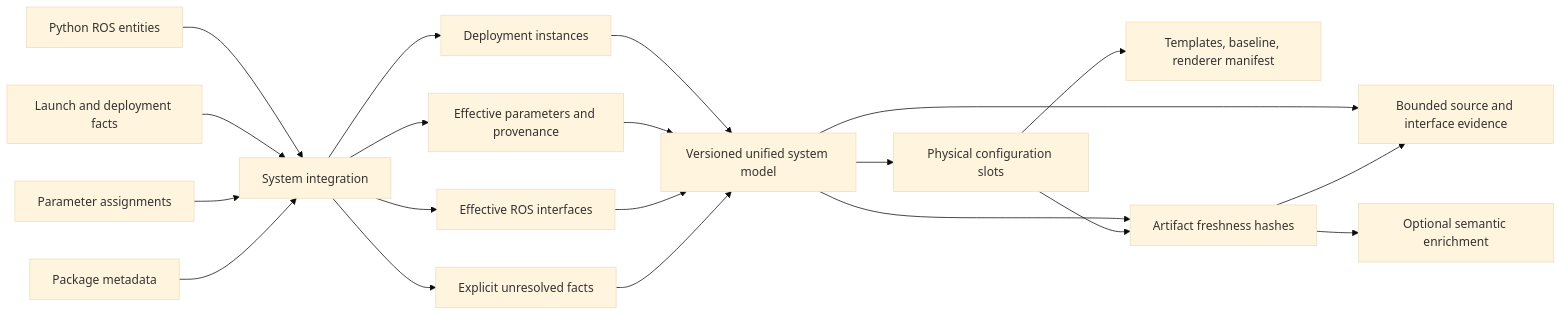
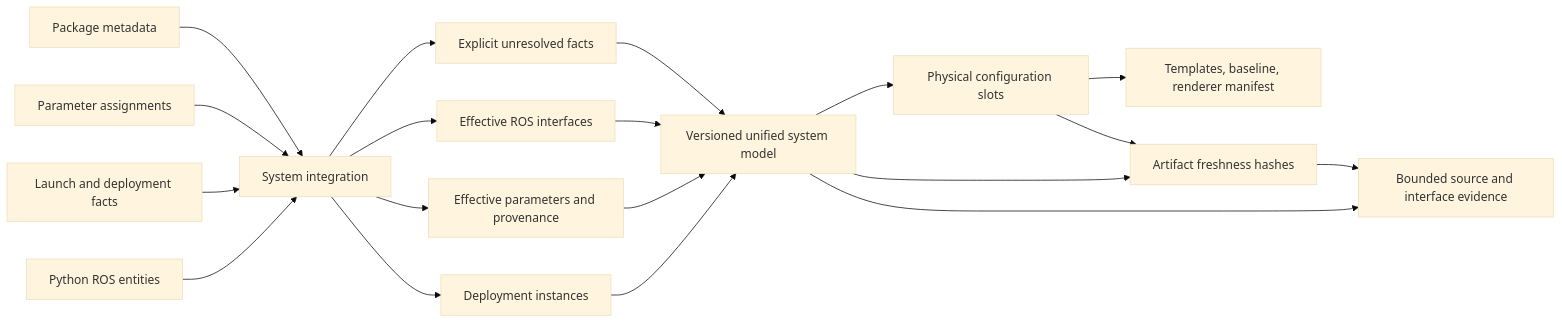
Before and after one commit to AlfredPietraru/dizertatie: the second of 5 diagrams in zresearch_report/sections/proposed_solution_diagrams.md, drawn with Mermaid (base theme). The commit also changed other lines of this file and 2 other files, not shown here.

````diff
--- a/zresearch_report/sections/proposed_solution_diagrams.md
+++ b/zresearch_report/sections/proposed_solution_diagrams.md
@@ -40,26 +38,25 @@
 ```mermaid
 flowchart LR
     PY[Python ROS entities] --> INT[System integration]
     LAUNCH[Launch and deployment facts] --> INT
     YAML[Parameter assignments] --> INT
     PKG[Package metadata] --> INT
 
     INT --> INST[Deployment instances]
     INT --> PARAM[Effective parameters and provenance]
     INT --> IFACE[Effective ROS interfaces]
     INT --> UNRES[Explicit unresolved facts]
 
     INST --> SYS[Versioned unified system model]
     PARAM --> SYS
     IFACE --> SYS
     UNRES --> SYS
 
     SYS --> SLOTS[Physical configuration slots]
     SYS --> EVIDENCE[Bounded source and interface evidence]
     SLOTS --> DEFINITION[Templates, baseline, renderer manifest]
 
     SYS --> HASH[Artifact freshness hashes]
     SLOTS --> HASH
     HASH --> EVIDENCE
-    HASH --> ENRICH[Optional semantic enrichment]
 ```
````
